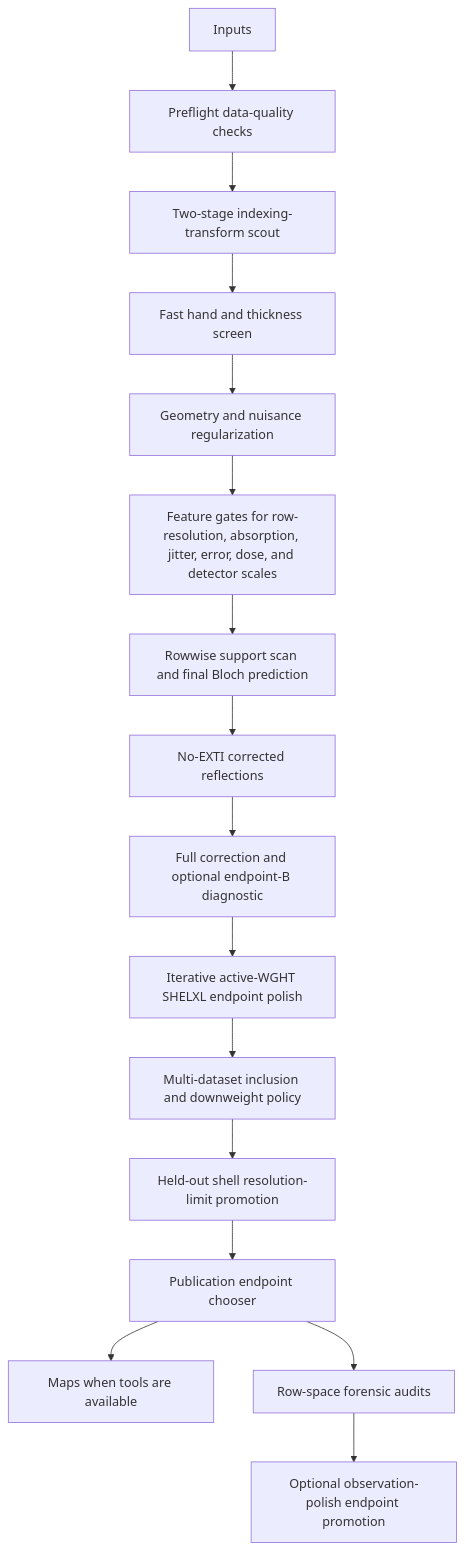
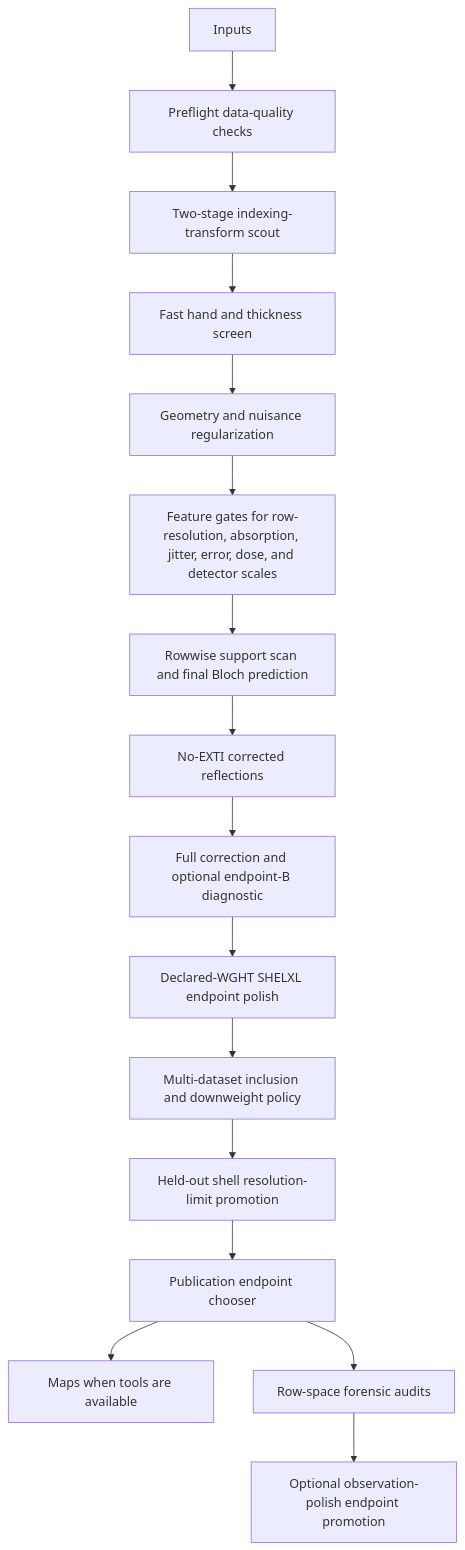
One commit to Martynowycz-Lab/GROND changed the diagram in docs/WORKFLOW.md. Above: the diagram before and after it, drawn with Mermaid. The commit also changed other lines of this file and 10 other files, not shown here.

````diff
--- a/docs/WORKFLOW.md
+++ b/docs/WORKFLOW.md
@@ -7,18 +7,18 @@
 ```mermaid
 flowchart TD
     A[Inputs] --> B[Preflight data-quality checks]
     B --> C[Two-stage indexing-transform scout]
     C --> D[Fast hand and thickness screen]
     D --> E[Geometry and nuisance regularization]
     E --> F[Feature gates for row-resolution, absorption, jitter, error, dose, and detector scales]
     F --> G[Rowwise support scan and final Bloch prediction]
     G --> H[No-EXTI corrected reflections]
     H --> I[Full correction and optional endpoint-B diagnostic]
-    I --> J[Iterative active-WGHT SHELXL endpoint polish]
+    I --> J[Declared-WGHT SHELXL endpoint polish]
     J --> K[Multi-dataset inclusion and downweight policy]
     K --> L[Held-out shell resolution-limit promotion]
     L --> M[Publication endpoint chooser]
     M --> N[Maps when tools are available]
     M --> O[Row-space forensic audits]
     O --> P[Optional observation-polish endpoint promotion]
 ```
````
